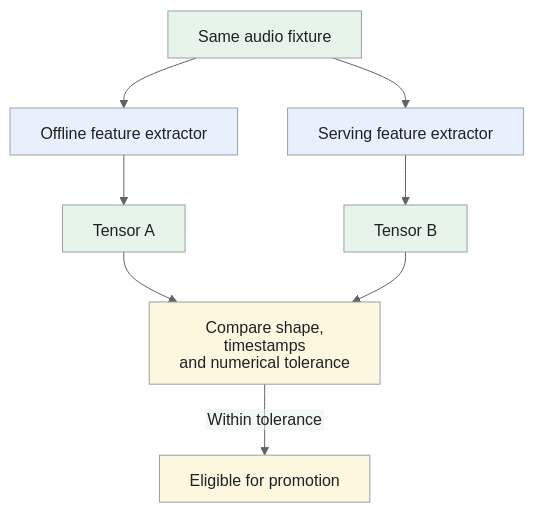
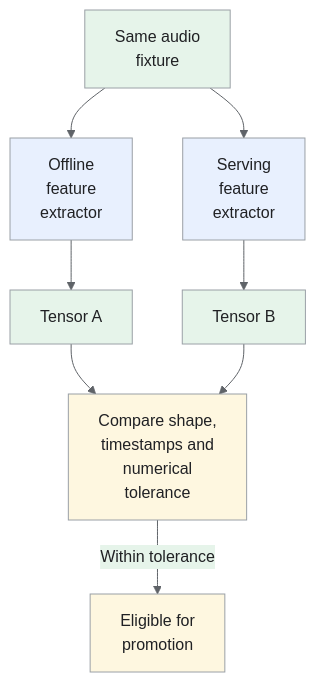
One commit to iliazlobin/iliazlobin.github.io changed the sixth of 6 diagrams in _designs/ml-system-design-speech-recognition-asr.md. Above: the diagram before and after it, drawn with Mermaid. The commit also changed other lines of this file and 116 other files, not shown here.

````diff
--- a/_designs/ml-system-design-speech-recognition-asr.md
+++ b/_designs/ml-system-design-speech-recognition-asr.md
@@ -368,18 +380,18 @@
 ```mermaid
-%%{init: {'theme':'base','htmlLabels':false,'flowchart':{'htmlLabels':false},'themeVariables':{'fontFamily':'Arial, sans-serif','primaryColor':'#e8f0fe','primaryTextColor':'#202124','primaryBorderColor':'#9aa0a6','lineColor':'#5f6368','secondaryColor':'#e6f4ea','tertiaryColor':'#fef7e0','actorBkg':'#e8f0fe','actorBorder':'#9aa0a6','actorTextColor':'#202124','noteBkgColor':'#fef7e0','noteTextColor':'#202124','noteBorderColor':'#9aa0a6','signalColor':'#5f6368','signalTextColor':'#202124','labelBoxBkgColor':'#fef7e0','labelBoxBorderColor':'#9aa0a6'}}}%%
+%%{init: {'theme':'base','themeVariables':{'primaryColor':'#e8f0fe','primaryTextColor':'#202124','primaryBorderColor':'#9aa0a6','lineColor':'#5f6368','secondaryColor':'#e6f4ea','tertiaryColor':'#fef7e0','actorBkg':'#e8f0fe','actorBorder':'#9aa0a6','actorTextColor':'#202124','noteBkgColor':'#fef7e0','noteTextColor':'#202124','noteBorderColor':'#9aa0a6','signalColor':'#5f6368','signalTextColor':'#202124','labelBoxBkgColor':'#fef7e0','labelBoxBorderColor':'#9aa0a6'}}}%%
 flowchart TB
-    A["Same audio fixture"] --> B["Offline feature extractor"]
-    A --> C["Serving feature extractor"]
+    A["Same audio<br>fixture"] --> B["Offline<br>feature<br>extractor"]
+    A --> C["Serving<br>feature<br>extractor"]
     B --> D["Tensor A"]
     C --> E["Tensor B"]
-    D --> F["Compare shape, timestamps<br/>and numerical tolerance"]
+    D --> F["Compare shape,<br>timestamps and<br>numerical<br>tolerance"]
     E --> F
-    F -->|"Within tolerance"| G["Eligible for promotion"]
+    F -->|"Within tolerance"| G["Eligible for<br>promotion"]
     class B,C request;
     class A,D,E data;
     class F,G control;
 classDef request fill:#e8f0fe,stroke:#9aa0a6,color:#202124;
 classDef data fill:#e6f4ea,stroke:#9aa0a6,color:#202124;
 classDef control fill:#fef7e0,stroke:#9aa0a6,color:#202124;
 classDef danger fill:#fce8e6,stroke:#9aa0a6,color:#202124;
 ```
````
